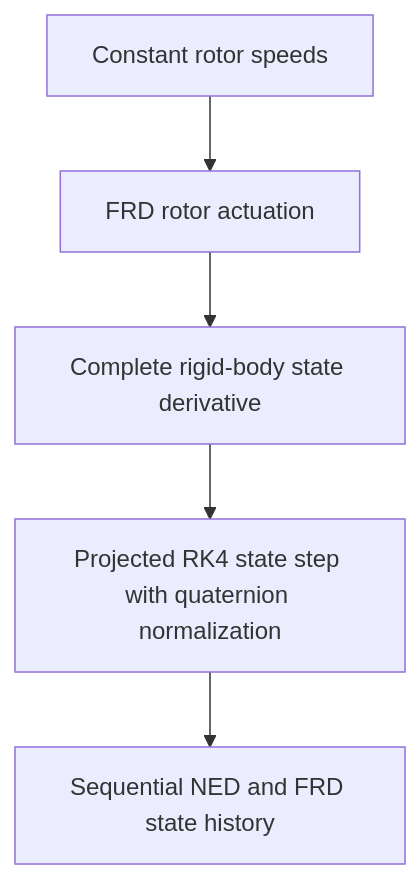
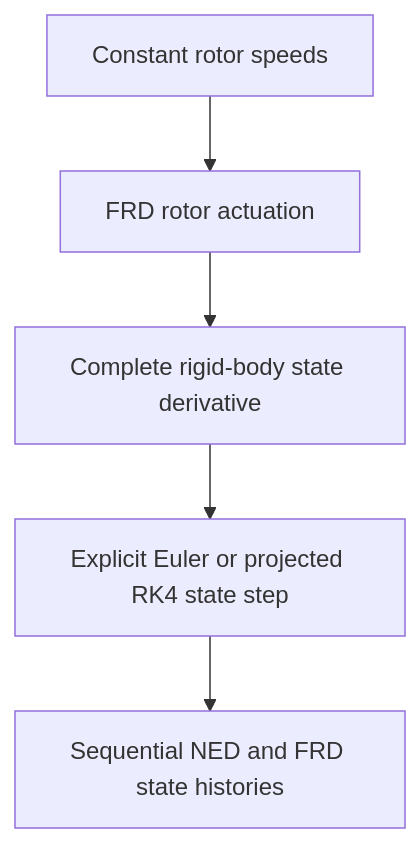
One commit to Gayles9/robust-quadrotor changed the diagram in README.md. Above: the diagram before and after it, drawn with Mermaid. The commit also changed other lines of this file and 1 other file, not shown here.

Commit message:
docs: document Euler and RK4 simulation parity

````diff
--- a/README.md
+++ b/README.md
@@ -26,7 +26,7 @@
 ```mermaid
 flowchart TD
     A[Constant rotor speeds] --> B[FRD rotor actuation]
     B --> C[Complete rigid-body state derivative]
-    C --> D[Projected RK4 state step with quaternion normalization]
-    D --> E[Sequential NED and FRD state history]
+    C --> D[Explicit Euler or projected RK4 state step]
+    D --> E[Sequential NED and FRD state histories]
 ```
````
